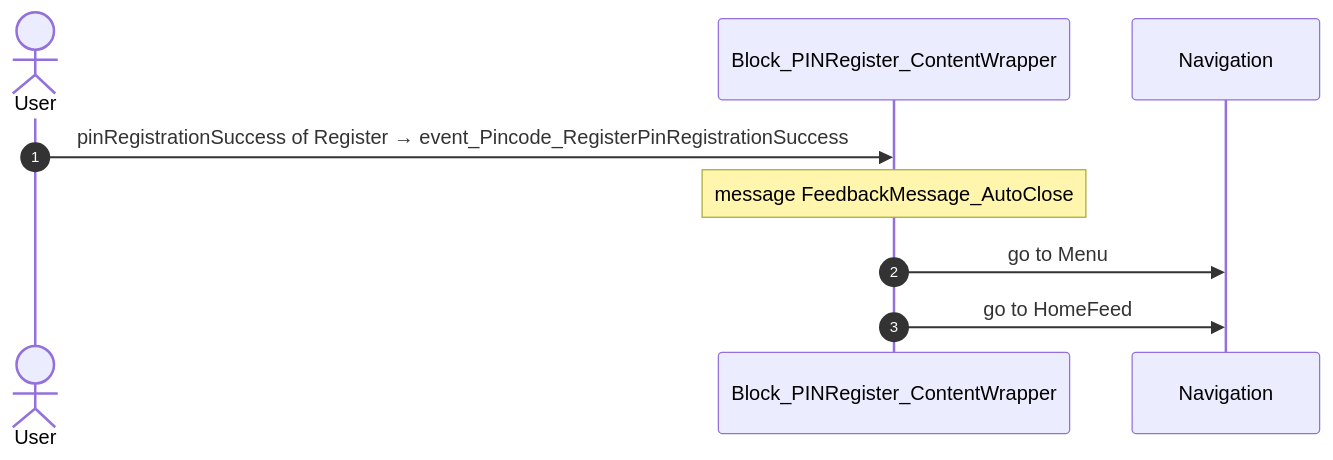
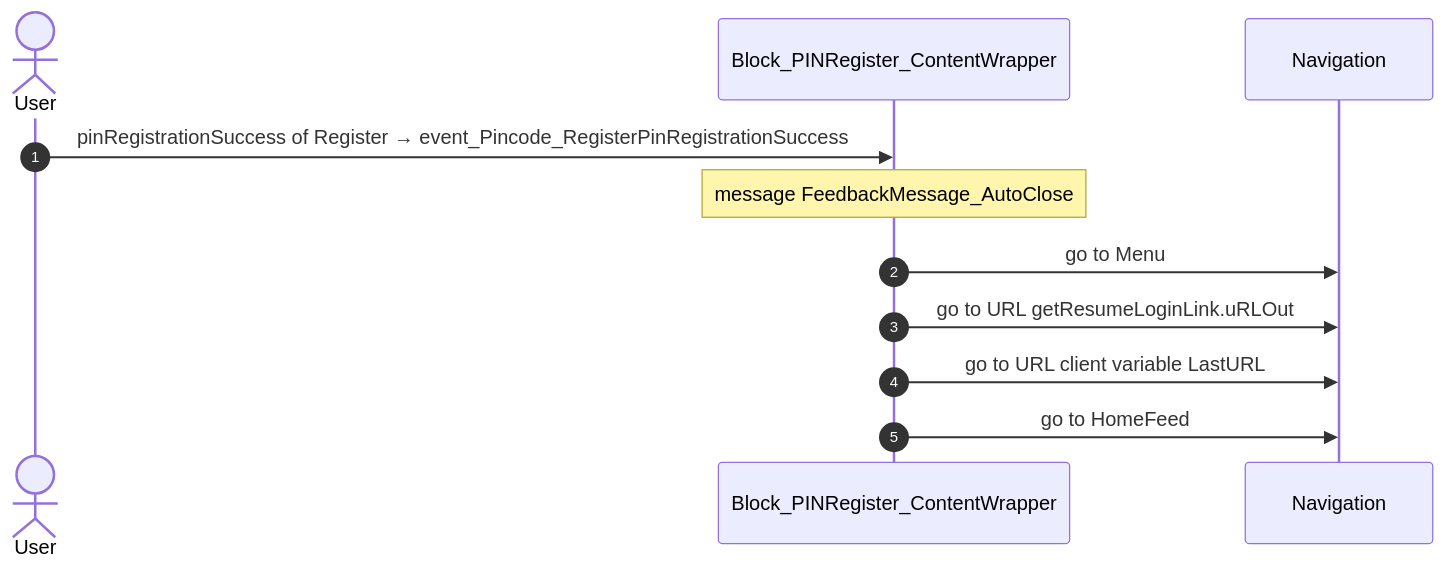
One commit to Phoenix-DX/connect-new-ui changed the second of 9 diagrams in route-actions/routes/PINRegister.md. Above: the diagram before and after it, drawn with Mermaid. The commit also changed other lines of this file and 7 other files, not shown here.

````diff
--- a/route-actions/routes/PINRegister.md
+++ b/route-actions/routes/PINRegister.md
@@ -86,11 +86,13 @@
 ```mermaid
 sequenceDiagram
   autonumber
   actor U as User
   participant B as Block_PINRegister_ContentWrapper
   participant N as Navigation
   U->>B: pinRegistrationSuccess of Register → event_Pincode_RegisterPinRegistrationSuccess
   Note over B: message FeedbackMessage_AutoClose
   B->>N: go to Menu
+  B->>N: go to URL getResumeLoginLink.uRLOut
+  B->>N: go to URL client variable LastURL
   B->>N: go to HomeFeed
 ```
````
